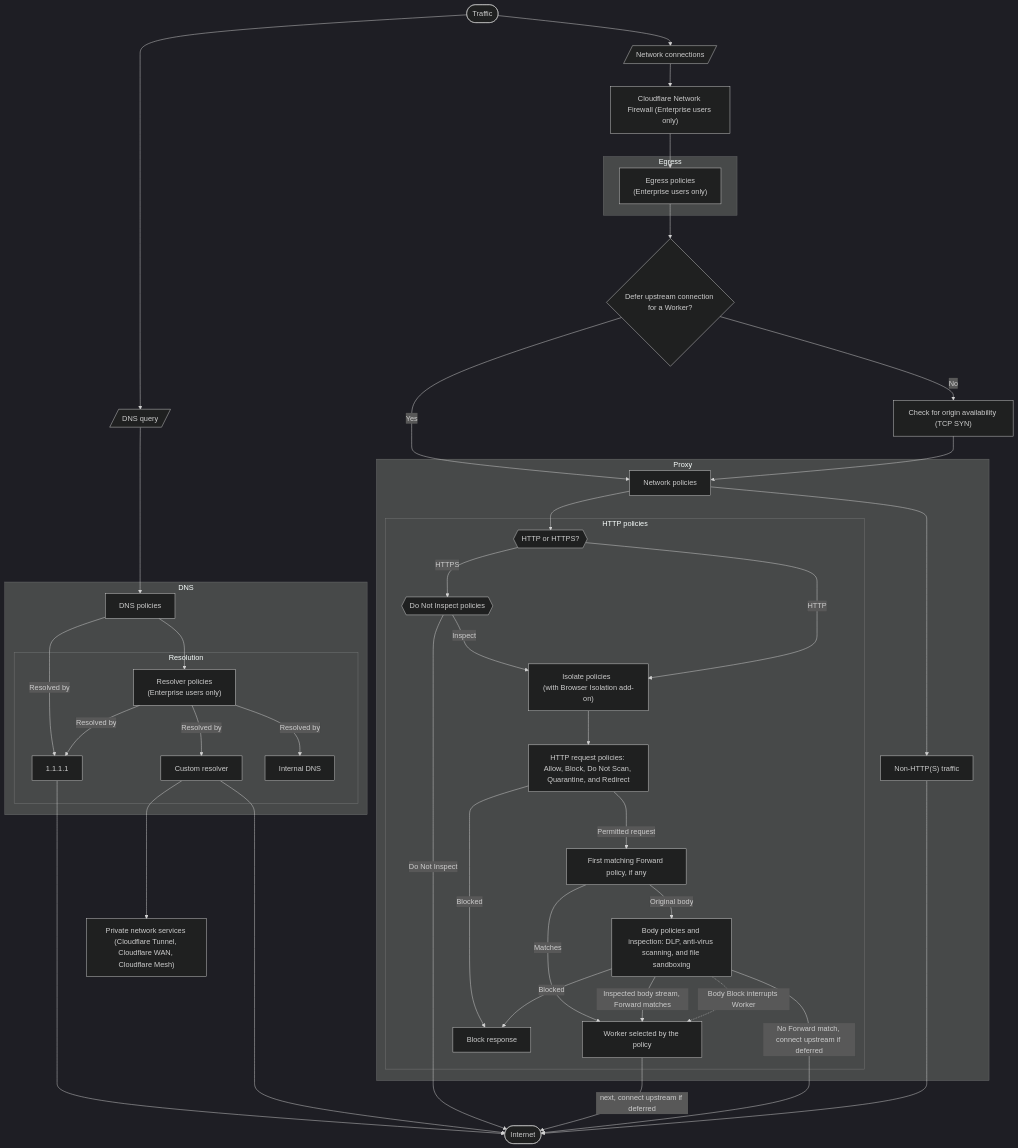
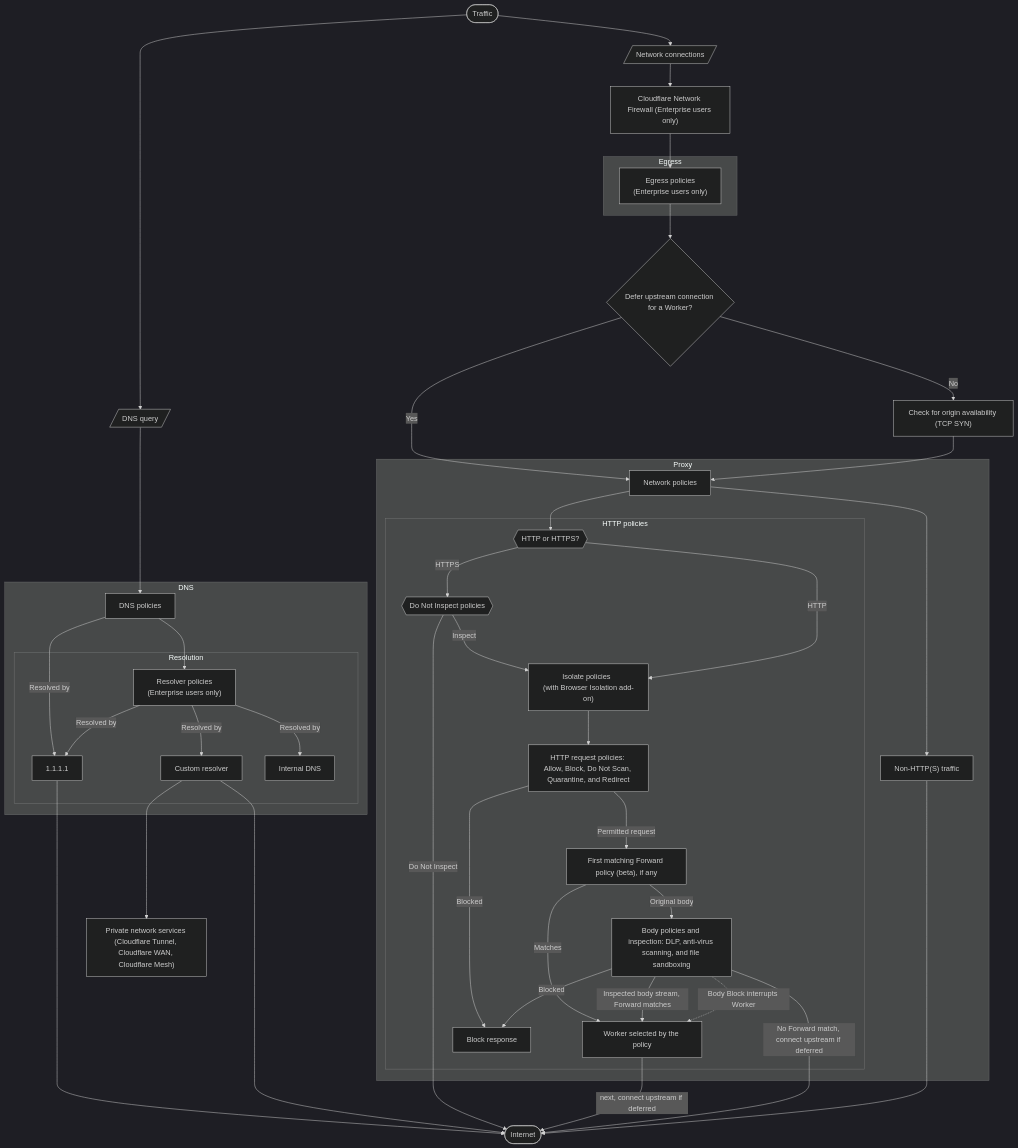
The diagram in src/content/partials/cloudflare-one/gateway/order-of-enforcement.mdx (cloudflare/cloudflare-docs), drawn with Mermaid (dark theme) before and after one commit. The commit also changed other lines of this file and 23 other files, not shown here.

Commit message:
[Cloudflare One] Mark Forward public beta on all Gateway plans

````diff
--- a/src/content/partials/cloudflare-one/gateway/order-of-enforcement.mdx
+++ b/src/content/partials/cloudflare-one/gateway/order-of-enforcement.mdx
@@ -9,69 +9,69 @@
 ```mermaid
 flowchart TB
     %% Accessibility
     accTitle: Gateway order of enforcement
     accDescr: Flowchart describing request enforcement for Gateway policies. After HTTP request policies, the first matching Forward policy invokes a Worker before body policies and inspection. Gateway inspects the original body before delivering it to the Worker, and a Block decision from body policies or inspection can interrupt the Worker. Gateway inspects the final response returned by the Worker.
 
  subgraph Resolution["Resolution"]
         dns2["1.1.1.1"]
         dns4["Custom resolver"]
         dns3["Resolver policies <br>(Enterprise users only)"]
         internal["Internal DNS"]
   end
  subgraph DNS["DNS"]
         dns1["DNS policies"]
         Resolution
   end
  subgraph HTTP["HTTP policies"]
         http1{{"Do Not Inspect policies"}}
         http2["Isolate policies  <br>(with Browser Isolation add-on)"]
         http3["HTTP request policies: Allow, Block, Do Not Scan, Quarantine, and Redirect"]
-        forward["First matching Forward policy, if any"]
+        forward["First matching Forward policy (beta), if any"]
         worker["Worker selected by the policy"]
         body["Body policies and inspection: DLP, anti-virus scanning, and file sandboxing"]
         blocked["Block response"]
         https["HTTP or HTTPS?"]
   end
  subgraph Proxy["Proxy"]
         HTTP
         network1["Network policies"]
         nonhttp["Non-HTTP(S) traffic"]
   end
  subgraph Egress["Egress"]
         egress1["Egress policies <br>(Enterprise users only)"]
   end
     start(["Traffic"]) --> dns0[/"DNS query"/] & http0["Network connections"]
     dns0 ----> dns1
     dns1 -- Resolved by --> dns2
     dns1 --> dns3
     dns3 -- Resolved by --> dns4
     dns2 -----> internet(["Internet"])
     dns4 -----> internet
     dns4 ---> cloudflare["Private network services <br>(Cloudflare Tunnel, Cloudflare WAN, Cloudflare Mesh)"]
     http1 -- Do Not Inspect --> internet
     http1 -- Inspect --> http2
     http2 --> http3
     http0 --> magic["Cloudflare Network Firewall (Enterprise users only)"]
     magic --> egress1
     egress1 --> timing{"Defer upstream connection for a Worker?"}
     timing -- No --> tcp["Check for origin availability (TCP SYN)"]
     timing -- Yes --> network1
     tcp --> network1
     http3 -- Permitted request --> forward
     http3 -- Blocked --> blocked
     forward -- Matches --> worker
     forward -- Original body --> body
     body -- Inspected body stream, Forward matches --> worker
     body -- Blocked --> blocked
     body -. Body Block interrupts Worker .-> worker
     worker -- next, connect upstream if deferred --> internet
     body -- No Forward match, connect upstream if deferred --> internet
     https -- HTTPS --> http1
     https -- HTTP --> http2
     network1 --> https & nonhttp
     dns3 -- Resolved by --> internal & dns2
     nonhttp -----> internet
 
     https@{ shape: hex}
     http0@{ shape: lean-r}
 ```
````
